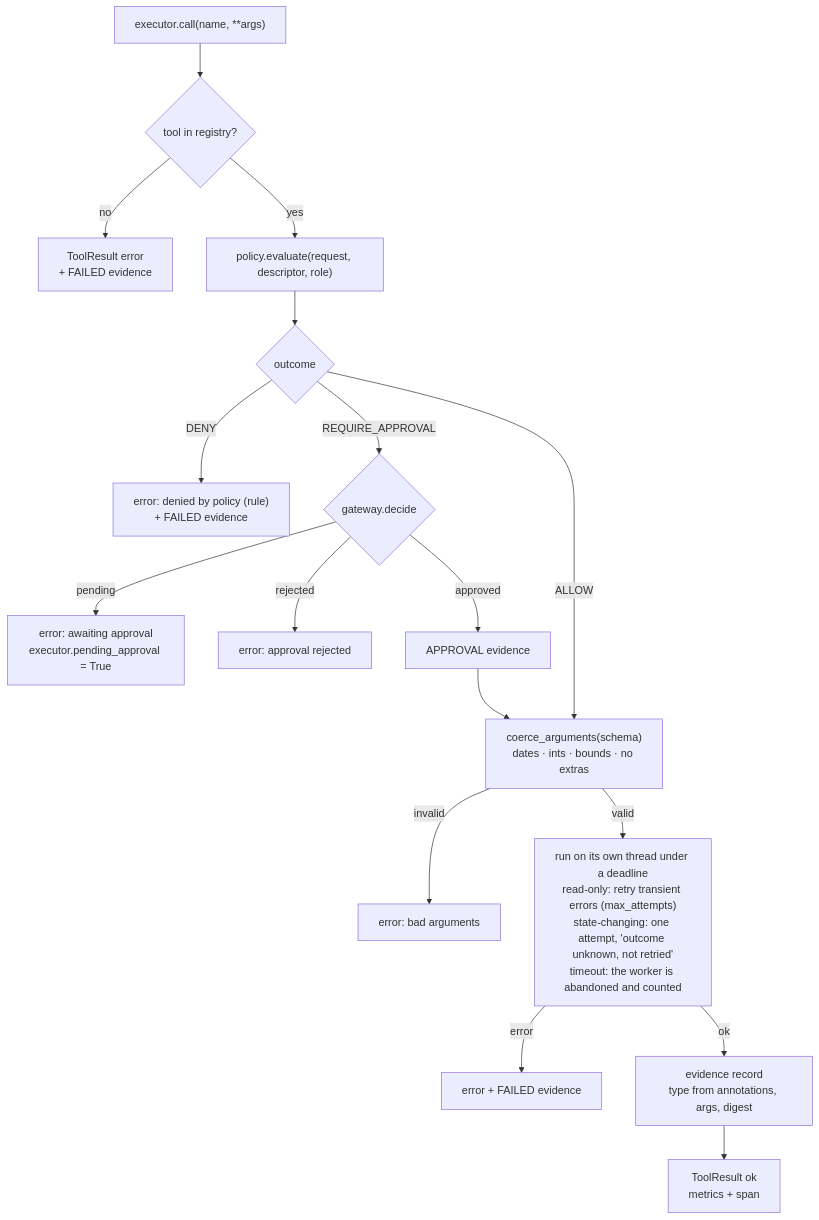
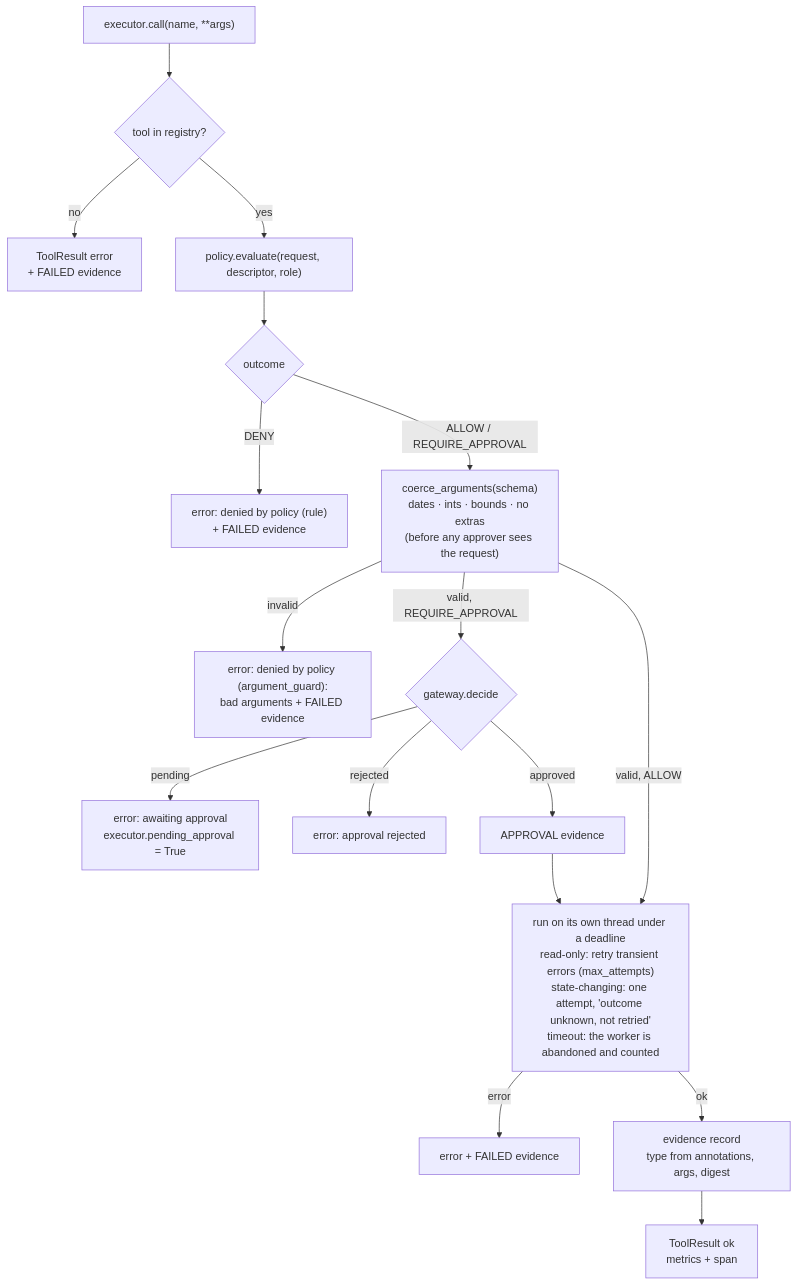
The tenth of 30 diagrams in docs/DIAGRAMS.md (AshJha0/agentic-trader), drawn with Mermaid before and after one commit. The commit also changed other lines of this file and 18 other files, not shown here.

````diff
--- a/docs/DIAGRAMS.md
+++ b/docs/DIAGRAMS.md
@@ -339,18 +339,18 @@
 ```mermaid
 flowchart TD
     CALL["executor.call(name, **args)"] --> REG{"tool in registry?"}
     REG -- no --> FAILU["ToolResult error<br/>+ FAILED evidence"]
     REG -- yes --> POL["policy.evaluate(request, descriptor, role)"]
     POL --> OUT{outcome}
     OUT -- DENY --> FAILD["error: denied by policy (rule)<br/>+ FAILED evidence"]
-    OUT -- REQUIRE_APPROVAL --> GW{gateway.decide}
+    OUT -- "ALLOW / REQUIRE_APPROVAL" --> CO["coerce_arguments(schema)<br/>dates · ints · bounds · no extras<br/>(before any approver sees the request)"]
+    CO -- invalid --> FAILA["error: denied by policy (argument_guard):<br/>bad arguments + FAILED evidence"]
+    CO -- "valid, REQUIRE_APPROVAL" --> GW{gateway.decide}
     GW -- pending --> WAIT["error: awaiting approval<br/>executor.pending_approval = True"]
     GW -- rejected --> FAILR["error: approval rejected"]
-    GW -- approved --> APPR["APPROVAL evidence"] --> CO
-    OUT -- ALLOW --> CO["coerce_arguments(schema)<br/>dates · ints · bounds · no extras"]
-    CO -- invalid --> FAILA["error: bad arguments"]
-    CO -- valid --> RUN["run on its own thread under a deadline<br/>read-only: retry transient errors (max_attempts)<br/>state-changing: one attempt, 'outcome unknown, not retried'<br/>timeout: the worker is abandoned and counted"]
+    GW -- approved --> APPR["APPROVAL evidence"] --> RUN
+    CO -- "valid, ALLOW" --> RUN["run on its own thread under a deadline<br/>read-only: retry transient errors (max_attempts)<br/>state-changing: one attempt, 'outcome unknown, not retried'<br/>timeout: the worker is abandoned and counted"]
     RUN -- error --> FAILX["error + FAILED evidence"]
     RUN -- ok --> EVD["evidence record<br/>type from annotations, args, digest"]
     EVD --> RES["ToolResult ok<br/>metrics + span"]
 ```
````
